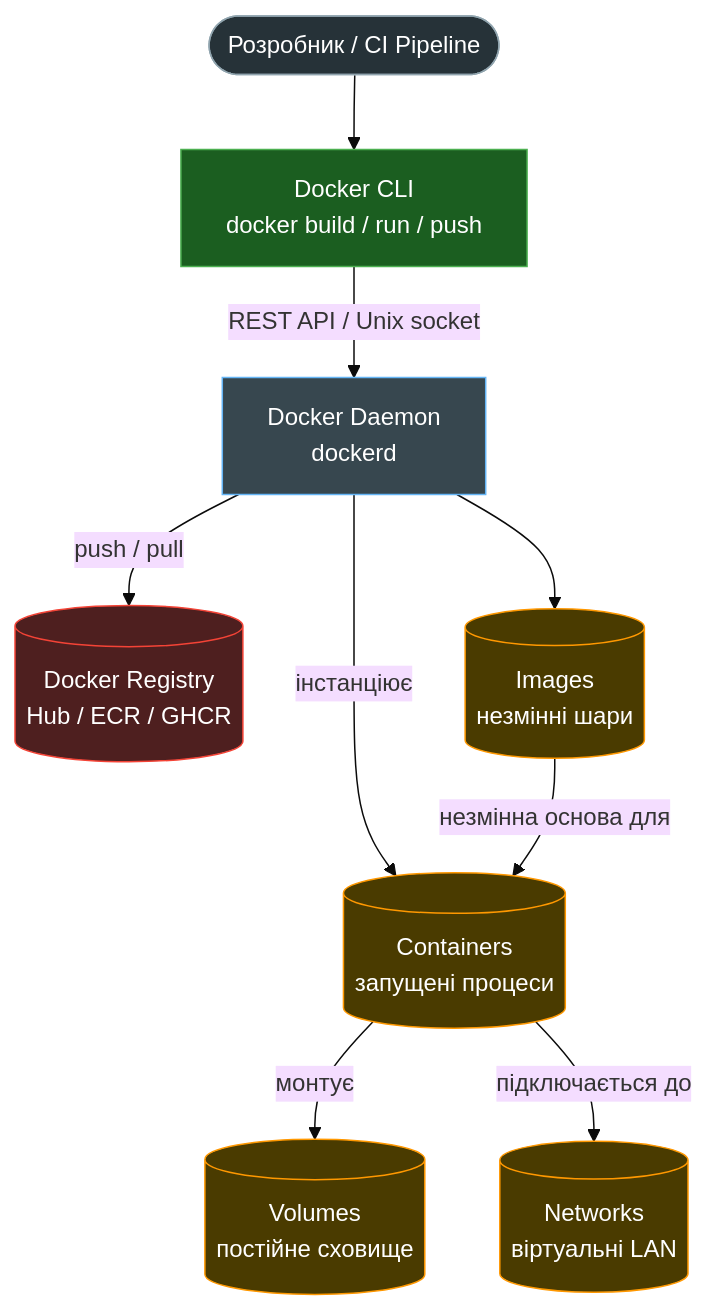
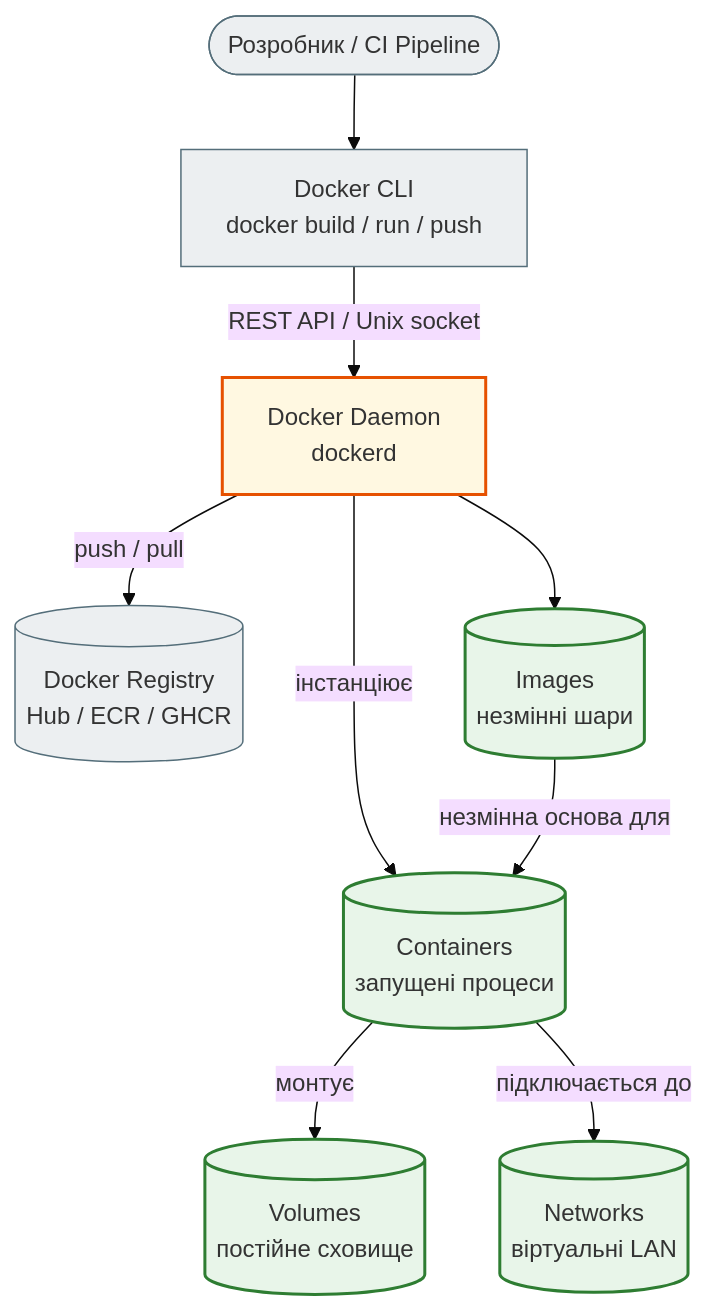
Before and after one commit to NikoriakViktot/notes_chat_app: the first of 5 diagrams in docs/10_linux_and_devops/docker_guide.md, drawn with Mermaid (base theme). The commit also changed other lines of this file and 441 other files, not shown here.

First line of the commit message:
Add English version of the book, Mermaid standard, docs fixes

````diff
--- a/docs/10_linux_and_devops/docker_guide.md
+++ b/docs/10_linux_and_devops/docker_guide.md
@@ -240,26 +240,27 @@
 ```mermaid
 flowchart TD
-    classDef user fill:#263238,stroke:#90a4ae,color:#fff
-    classDef cli fill:#1b5e20,stroke:#4caf50,color:#fff
-    classDef daemon fill:#37474f,stroke:#64b5f6,color:#fff
-    classDef resource fill:#4a3b00,stroke:#ff9800,color:#fff
-    classDef registry fill:#4e1f1f,stroke:#f44336,color:#fff
-
-    User([Розробник / CI Pipeline]):::user
-    CLI[Docker CLI\ndocker build / run / push]:::cli
-    Daemon[Docker Daemon\ndockerd]:::daemon
-    Registry[(Docker Registry\nHub / ECR / GHCR)]:::registry
-    Images[(Images\nнезмінні шари)]:::resource
-    Containers[(Containers\nзапущені процеси)]:::resource
-    Volumes[(Volumes\nпостійне сховище)]:::resource
-    Networks[(Networks\nвіртуальні LAN)]:::resource
+    User(["Розробник / CI Pipeline"])
+    CLI["Docker CLI<br>docker build / run / push"]
+    Daemon["Docker Daemon<br>dockerd"]
+    Registry[("Docker Registry<br>Hub / ECR / GHCR")]
+    Images[("Images<br>незмінні шари")]
+    Containers[("Containers<br>запущені процеси")]
+    Volumes[("Volumes<br>постійне сховище")]
+    Networks[("Networks<br>віртуальні LAN")]
 
     User --> CLI
     CLI -->|REST API / Unix socket| Daemon
     Daemon -->|push / pull| Registry
     Daemon --> Images
     Daemon -->|інстанціює| Containers
     Containers -->|монтує| Volumes
     Containers -->|підключається до| Networks
     Images -->|незмінна основа для| Containers
+
+    classDef step     fill:#eceff1,stroke:#546e7a,stroke-width:1px;
+    classDef success  fill:#e8f5e9,stroke:#2e7d32,stroke-width:2px;
+    classDef warning  fill:#fff8e1,stroke:#e65100,stroke-width:2px;
+    class User,CLI,Registry step;
+    class Images,Containers,Volumes,Networks success;
+    class Daemon warning;
 ```
````
